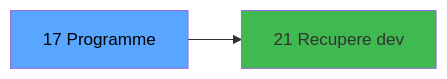
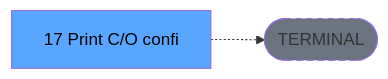
The third of 3 diagrams in .openspec/renders/ADH-IDE-17.md (thonyAGP/lecteur-magic), drawn with Mermaid before and after one commit. The commit also changed other lines of this file and 701 other files, not shown here.

````diff
--- a/.openspec/renders/ADH-IDE-17.md
+++ b/.openspec/renders/ADH-IDE-17.md
@@ -129,8 +136,8 @@
 ```mermaid
 graph LR
-    T[17 Programme]
-    C21[21 Recupere dev]
-    T --> C21
+    T[17 Print C/O confi]
+    TERM([TERMINAL])
+    T -.-> TERM
+    style TERM fill:#6b7280,stroke-dasharray: 5 5
     style T fill:#58a6ff,color:#000
-    style C21 fill:#3fb950
 ```
````
